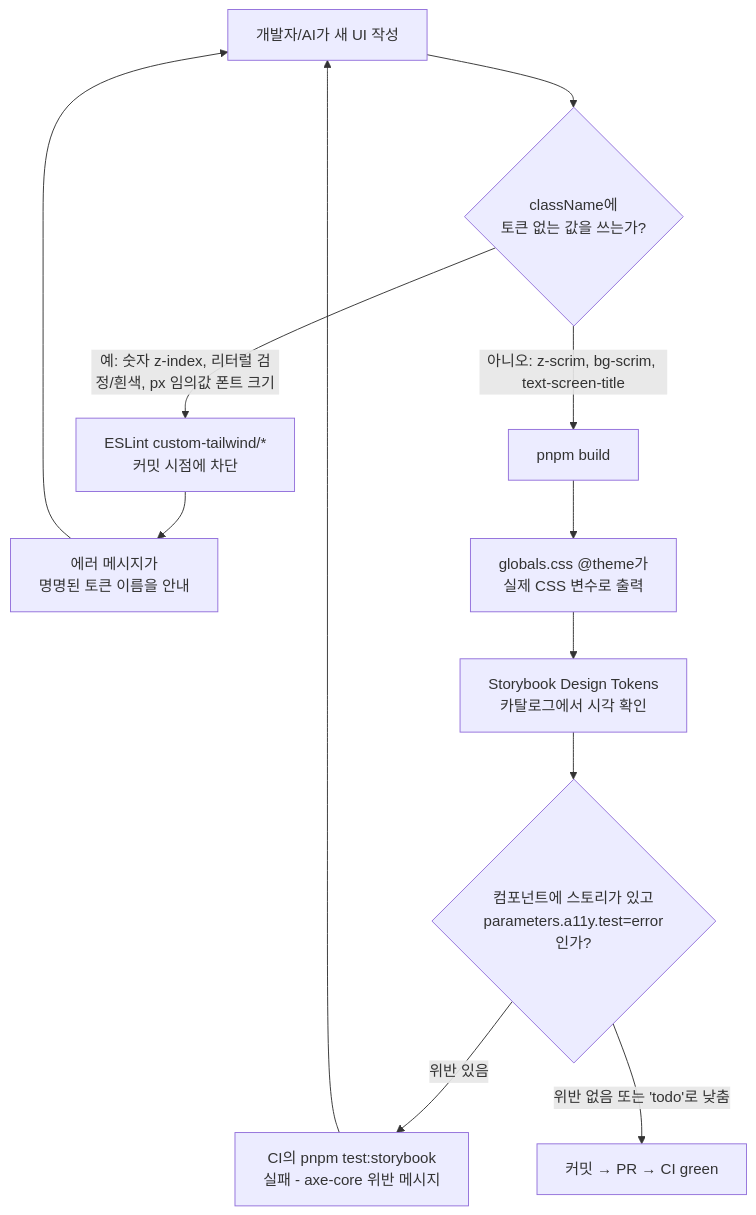
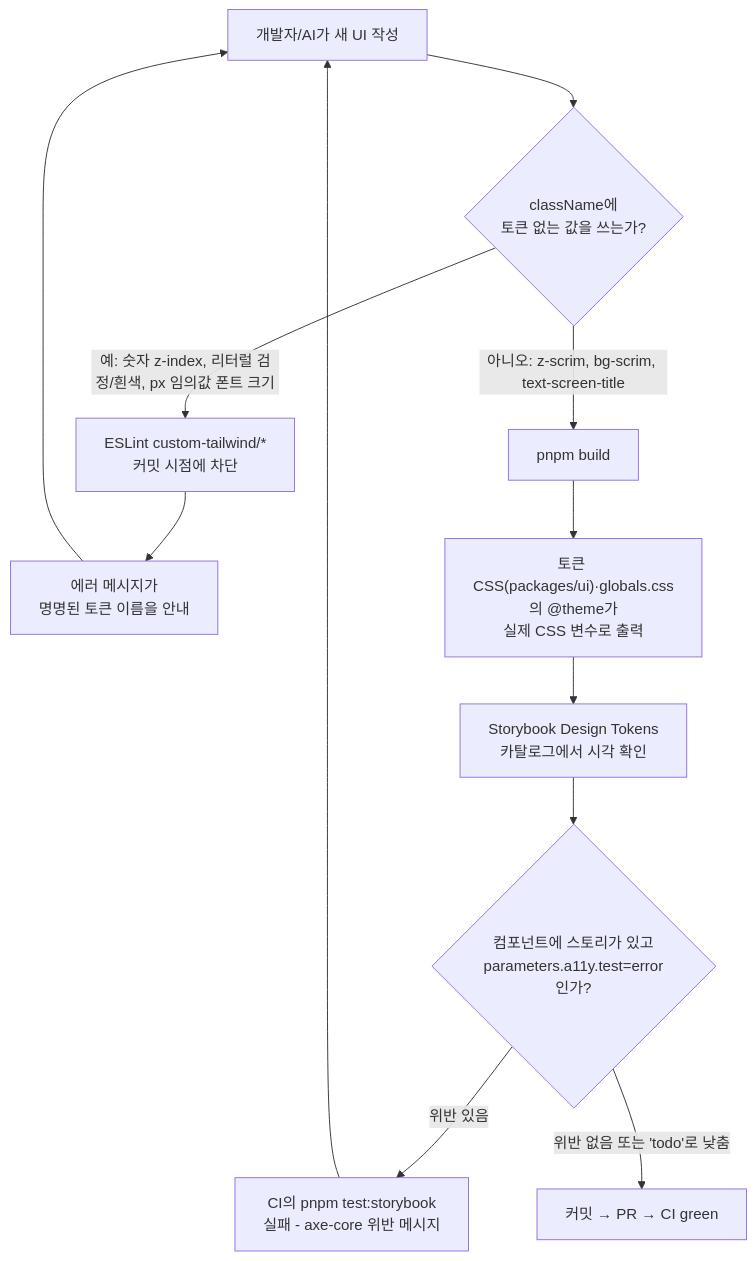
One commit to BAECHAN/link-sphere_FE_NEW changed the first of 2 diagrams in docs/DESIGN-SYSTEM.md. Above: the diagram before and after it, drawn with Mermaid. The commit also changed other lines of this file and 246 other files, not shown here.

````diff
--- a/docs/DESIGN-SYSTEM.md
+++ b/docs/DESIGN-SYSTEM.md
@@ -35,14 +35,14 @@
 ```mermaid
 flowchart TD
     A["개발자/AI가 새 UI 작성"] --> B{"className에<br/>토큰 없는 값을 쓰는가?"}
     B -->|"예: 숫자 z-index, 리터럴 검정/흰색, px 임의값 폰트 크기"| C["ESLint custom-tailwind/*<br/>커밋 시점에 차단"]
     C --> D["에러 메시지가<br/>명명된 토큰 이름을 안내"]
     D --> A
     B -->|"아니오: z-scrim, bg-scrim, text-screen-title"| E["pnpm build"]
-    E --> F["globals.css @theme가<br/>실제 CSS 변수로 출력"]
+    E --> F["토큰 CSS(packages/ui)·globals.css의 @theme가<br/>실제 CSS 변수로 출력"]
     F --> G["Storybook Design Tokens<br/>카탈로그에서 시각 확인"]
     G --> I{"컴포넌트에 스토리가 있고<br/>parameters.a11y.test=error인가?"}
     I -->|"위반 있음"| J["CI의 pnpm test:storybook<br/>실패 - axe-core 위반 메시지"]
     J --> A
     I -->|"위반 없음 또는 'todo'로 낮춤"| H["커밋 → PR → CI green"]
 ```
````
